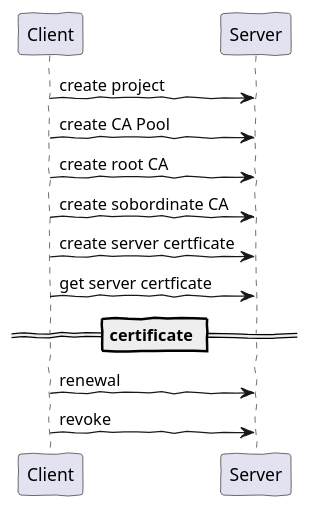
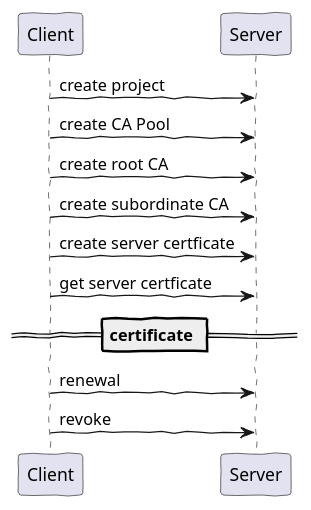
Before and after one commit to whitekid/scas: the diagram in ca.puml, drawn with PlantUML. The commit also changed 63 other files, not shown here.

```diff
--- a/ca.puml
+++ b/ca.puml
@@ -1,15 +1,15 @@
 @startuml CA
 skinparam handwritten true
 
 Client -> Server: create project
 Client -> Server: create CA Pool
 Client -> Server: create root CA
-Client -> Server: create sobordinate CA
+Client -> Server: create subordinate CA
 Client -> Server: create server certficate
 Client -> Server: get server certficate
 
 == certificate ==
 Client -> Server: renewal
 Client -> Server: revoke
 
 @enduml
```
